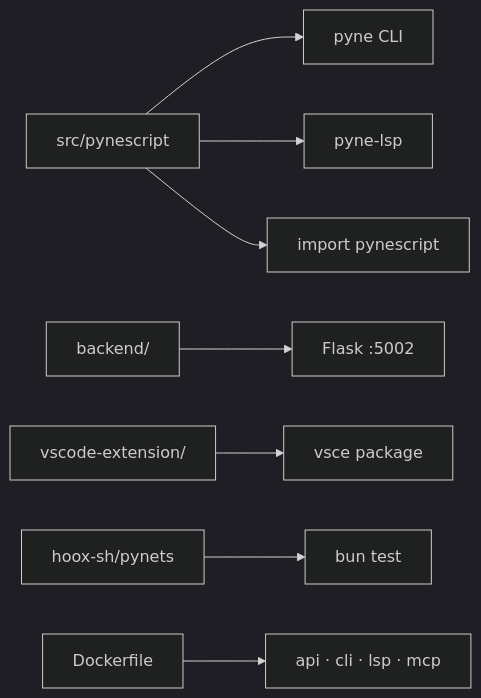
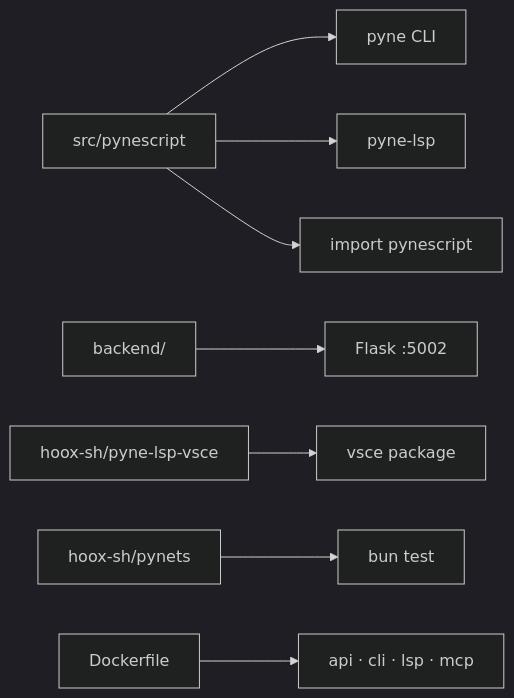
One commit to hoox-sh/pyne changed the diagram in docs/pyne/devops/local-dev.mdx. Above: the diagram before and after it, drawn with Mermaid (dark theme). The commit also changed other lines of this file and 74 other files, not shown here.

First line of the commit message:
refactor: move VS Code extension to hoox-sh/pyne-lsp-vsce

````diff
--- a/docs/pyne/devops/local-dev.mdx
+++ b/docs/pyne/devops/local-dev.mdx
@@ -35,10 +35,10 @@
 ```mermaid
 flowchart LR
   SRC[src/pynescript] --> CLI[pyne CLI]
   SRC --> LSP[pyne-lsp]
   SRC --> LIB[import pynescript]
   BE[backend/] --> API[Flask :5002]
-  VSC[vscode-extension/] --> VSIX[vsce package]
+  VSC[hoox-sh/pyne-lsp-vsce] --> VSIX[vsce package]
   TS[hoox-sh/pynets] --> BUN[bun test]
   DOCK[Dockerfile] --> IMG[api · cli · lsp · mcp]
 ```
````
